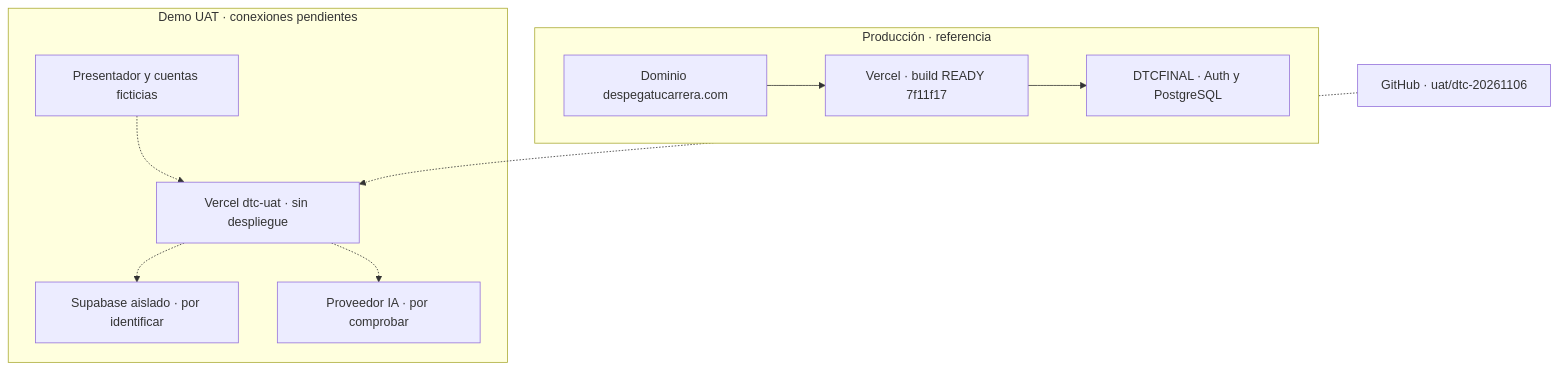
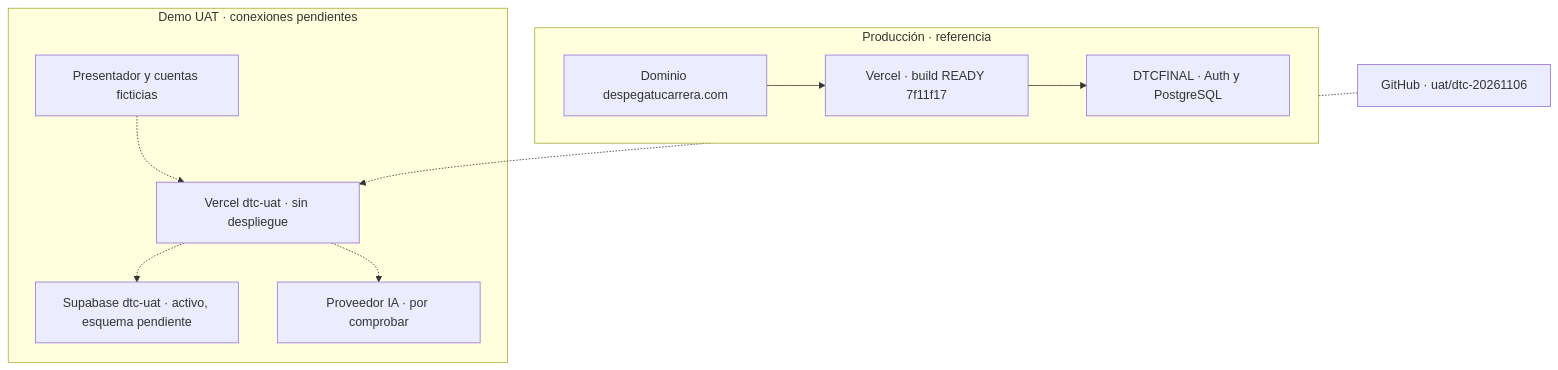
Before and after one commit to jcv86/main: the first of 3 diagrams in docs/dtc/DTC_DEMO_READINESS_20261126.md, drawn with Mermaid. The commit also changed other lines of this file, not shown here.

Commit message:
docs(uat): record dedicated database and partial Vercel wiring

````diff
--- a/docs/dtc/DTC_DEMO_READINESS_20261126.md
+++ b/docs/dtc/DTC_DEMO_READINESS_20261126.md
@@ -9,13 +9,13 @@
 ```mermaid
 flowchart TB
   subgraph P["Producción · referencia"]
     P1["Dominio despegatucarrera.com"] --> P2["Vercel · build READY 7f11f17"]
     P2 --> P3["DTCFINAL · Auth y PostgreSQL"]
   end
   subgraph T["Demo UAT · conexiones pendientes"]
     T1["Presentador y cuentas ficticias"] -.-> T2["Vercel dtc-uat · sin despliegue"]
-    T2 -.-> T3["Supabase aislado · por identificar"]
+    T2 -.-> T3["Supabase dtc-uat · activo, esquema pendiente"]
     T2 -.-> T4["Proveedor IA · por comprobar"]
   end
   G["GitHub · uat/dtc-20261106"] -.-> T2
 ```
````
